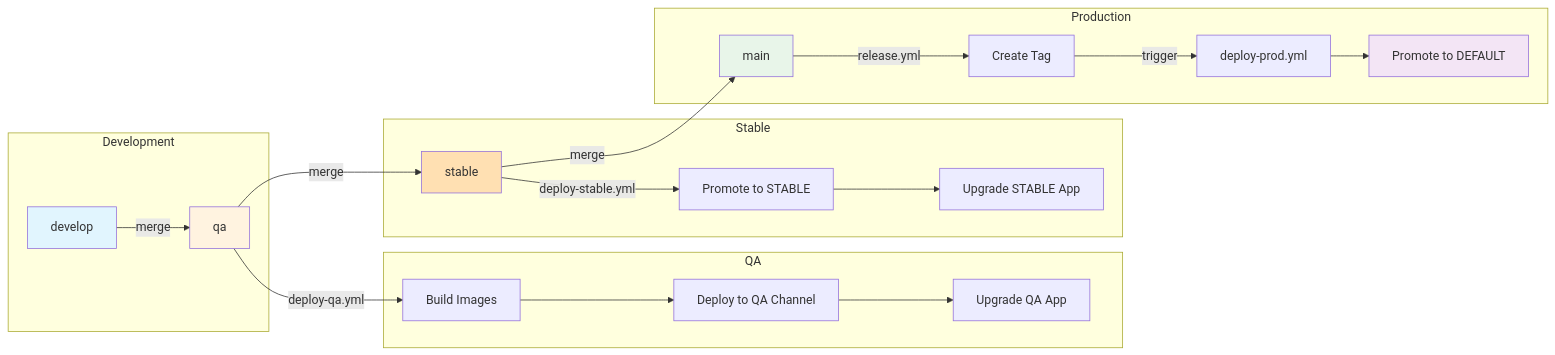
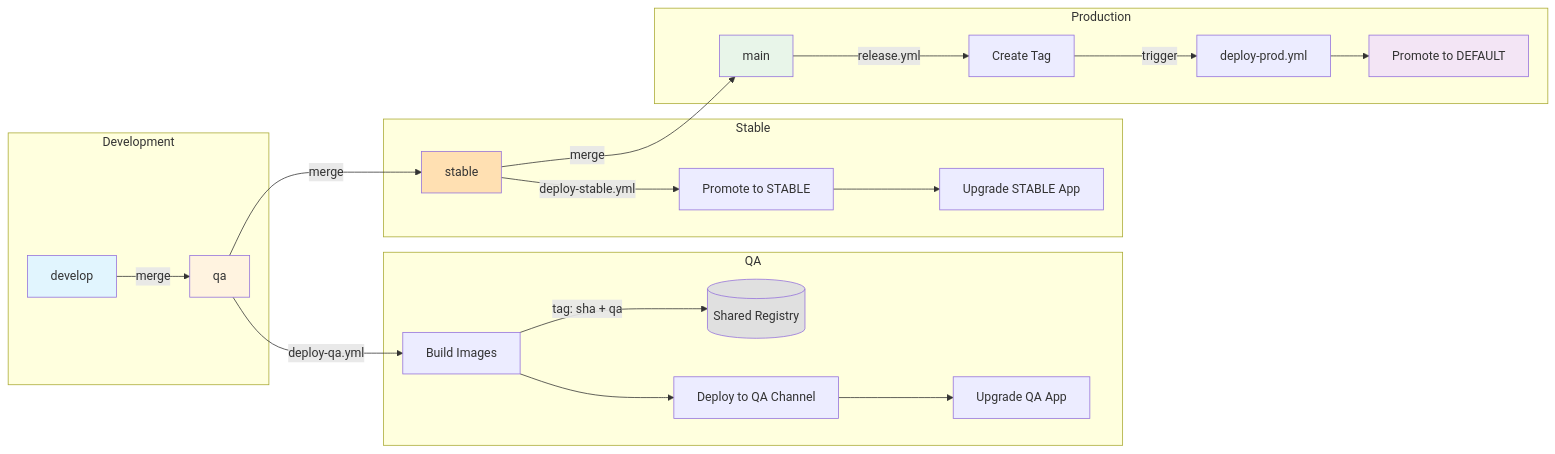
One commit to BLEND360/blendx-sfguide-mktplace changed the first of 3 diagrams in docs/DEPLOYMENT.md. Above: the diagram before and after it, drawn with Mermaid. The commit also changed other lines of this file and 5 other files, not shown here.

````diff
--- a/docs/DEPLOYMENT.md
+++ b/docs/DEPLOYMENT.md
@@ -7,31 +7,33 @@
 ```mermaid
 flowchart LR
     subgraph Development
         A[develop] -->|merge| B[qa]
     end
 
     subgraph QA
         B -->|deploy-qa.yml| C[Build Images]
+        C -->|"tag: sha + qa"| R[(Shared Registry)]
         C --> D[Deploy to QA Channel]
         D --> E[Upgrade QA App]
     end
 
     subgraph Stable
         B -->|merge| F[stable]
         F -->|deploy-stable.yml| G[Promote to STABLE]
         G --> G2[Upgrade STABLE App]
     end
 
     subgraph Production
         F -->|merge| H[main]
         H -->|release.yml| I[Create Tag]
         I -->|trigger| J[deploy-prod.yml]
         J --> K[Promote to DEFAULT]
     end
 
     style A fill:#e1f5fe
     style B fill:#fff3e0
     style F fill:#ffe0b2
     style H fill:#e8f5e9
     style K fill:#f3e5f5
+    style R fill:#e0e0e0
 ```
````
